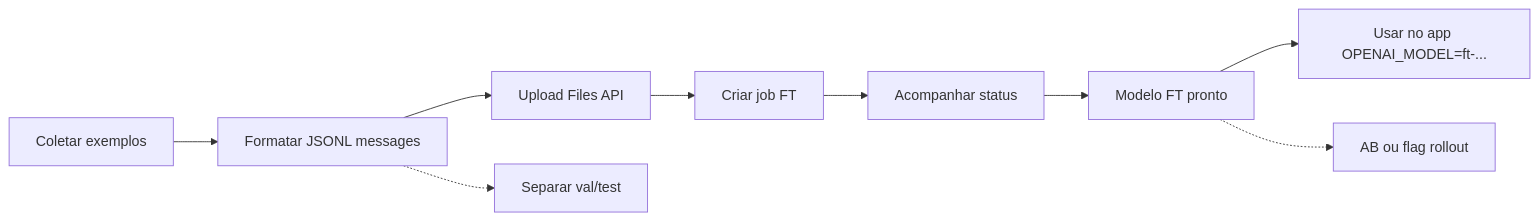
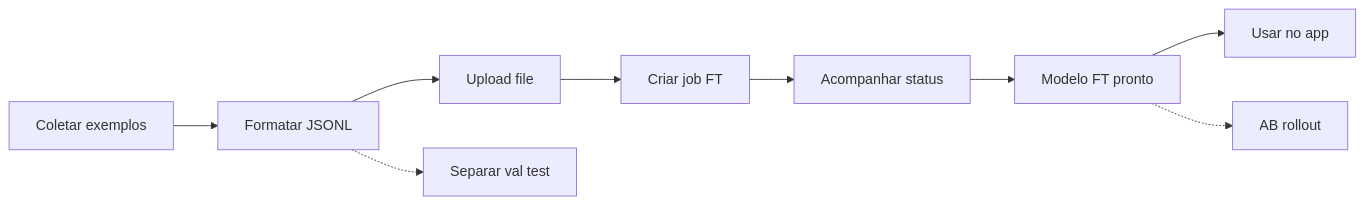
The third of 4 diagrams in docs/OVERVIEW.md (tamaraporf/-POC-chatbot), drawn with Mermaid before and after one commit. The commit also changed other lines of this file and 11 other files, not shown here.

````diff
--- a/docs/OVERVIEW.md
+++ b/docs/OVERVIEW.md
@@ -55,11 +55,11 @@
 ```mermaid
 flowchart LR
-    A[Coletar exemplos] --> B[Formatar JSONL messages]
-    B --> C[Upload Files API]
+    A[Coletar exemplos] --> B[Formatar JSONL]
+    B --> C[Upload file]
     C --> D[Criar job FT]
     D --> E[Acompanhar status]
     E --> F[Modelo FT pronto]
-    F --> G[Usar no app OPENAI_MODEL=ft-...]
-    B -.-> H[Separar val/test]
-    F -.-> I[AB ou flag rollout]
+    F --> G[Usar no app]
+    B -.-> H[Separar val test]
+    F -.-> I[AB rollout]
 ```
````
